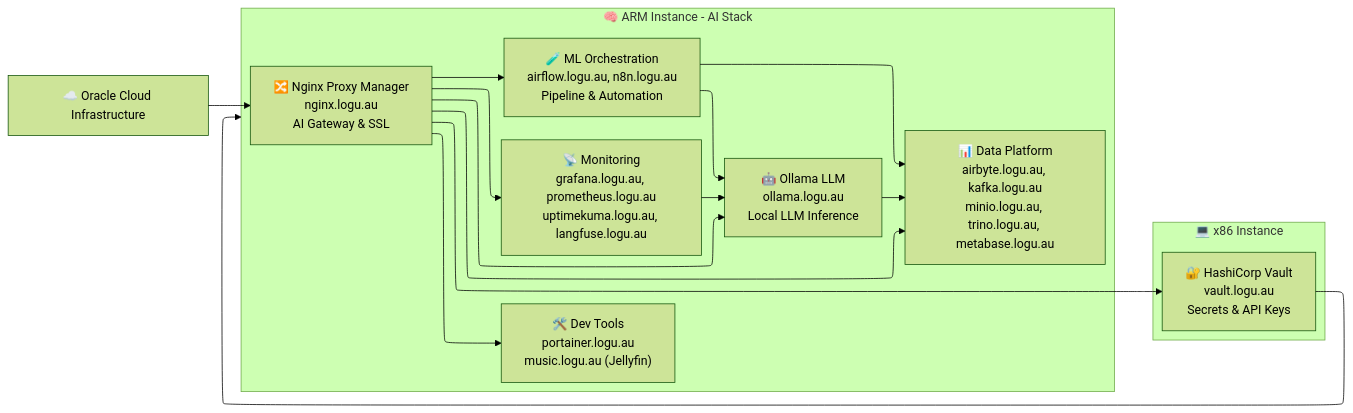
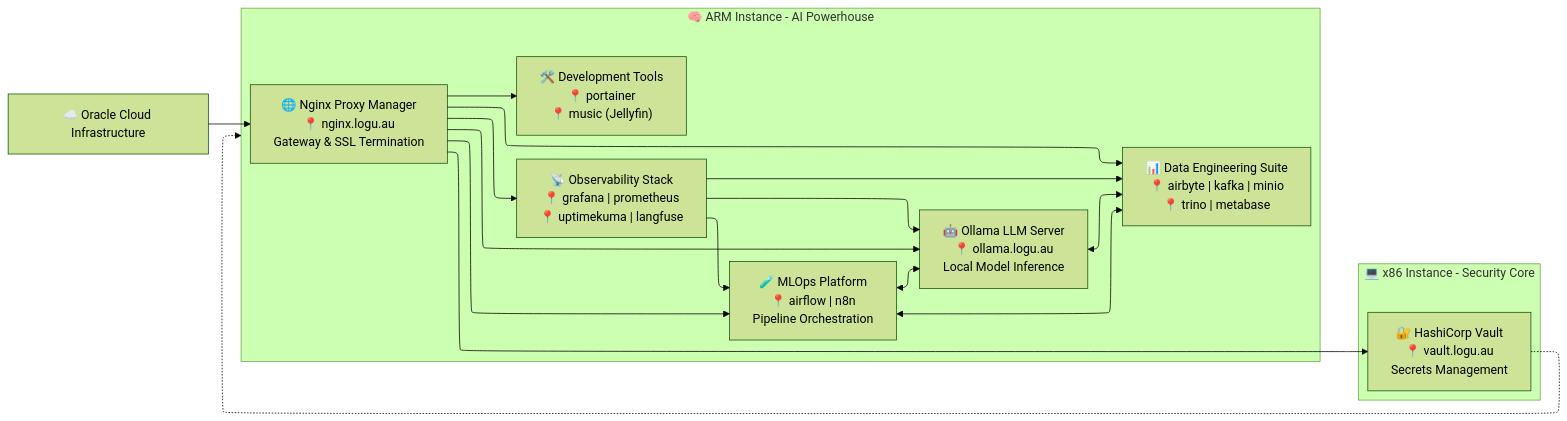
Before and after one commit to Logulokesh/Logulokesh: the diagram in README.md, drawn with Mermaid (forest theme). The commit also changed other lines of this file, not shown here.

````diff
--- a/README.md
+++ b/README.md
@@ -32,25 +39,27 @@
 ```mermaid
 ---
 config:
   layout: elk
 ---
 flowchart LR
- subgraph ARM["🧠 ARM Instance - AI Stack"]
-        AI["🤖 Ollama LLM<br>ollama.logu.au<br>Local LLM Inference"]
-        NPM["🔀 Nginx Proxy Manager<br>nginx.logu.au<br>AI Gateway &amp; SSL"]
-        Data["📊 Data Platform<br>airbyte.logu.au, kafka.logu.au<br>minio.logu.au, trino.logu.au, metabase.logu.au"]
-        AutoML["🧪 ML Orchestration<br>airflow.logu.au, n8n.logu.au<br>Pipeline &amp; Automation"]
-        Monitor["📡 Monitoring<br>grafana.logu.au, prometheus.logu.au<br>uptimekuma.logu.au, langfuse.logu.au"]
-        Tools["🛠️ Dev Tools<br>portainer.logu.au<br>music.logu.au (Jellyfin)"]
-  end
- subgraph X86["💻 x86 Instance"]
-        Vault["🔐 HashiCorp Vault<br>vault.logu.au<br>Secrets &amp; API Keys"]
-  end
+    subgraph ARM["🧠 ARM Instance - AI Powerhouse"]
+        AI["🤖 Ollama LLM Server<br/>📍 ollama.logu.au<br/>Local Model Inference"]
+        NPM["🌐 Nginx Proxy Manager<br/>📍 nginx.logu.au<br/>Gateway & SSL Termination"]
+        Data["📊 Data Engineering Suite<br/>📍 airbyte | kafka | minio<br/>📍 trino | metabase"]
+        ML["🧪 MLOps Platform<br/>📍 airflow | n8n<br/>Pipeline Orchestration"]
+        Monitor["📡 Observability Stack<br/>📍 grafana | prometheus<br/>📍 uptimekuma | langfuse"]
+        Tools["🛠️ Development Tools<br/>📍 portainer<br/>📍 music (Jellyfin)"]
+    end
+    
+    subgraph X86["💻 x86 Instance - Security Core"]
+        Vault["🔐 HashiCorp Vault<br/>📍 vault.logu.au<br/>Secrets Management"]
+    end
+    
     OCI["☁️ Oracle Cloud Infrastructure"] --> NPM
-    NPM --> AI & Data & AutoML & Monitor & Tools & Vault
-    AI --> Data
-    AutoML --> AI & Data
-    Monitor --> AI
-    Vault --> ARM
-
+    NPM --> AI & Data & ML & Monitor & Tools
+    NPM --> Vault
+    AI <--> Data
+    ML <--> AI & Data
+    Monitor --> AI & Data & ML
+    Vault -.-> ARM
 ```
````
